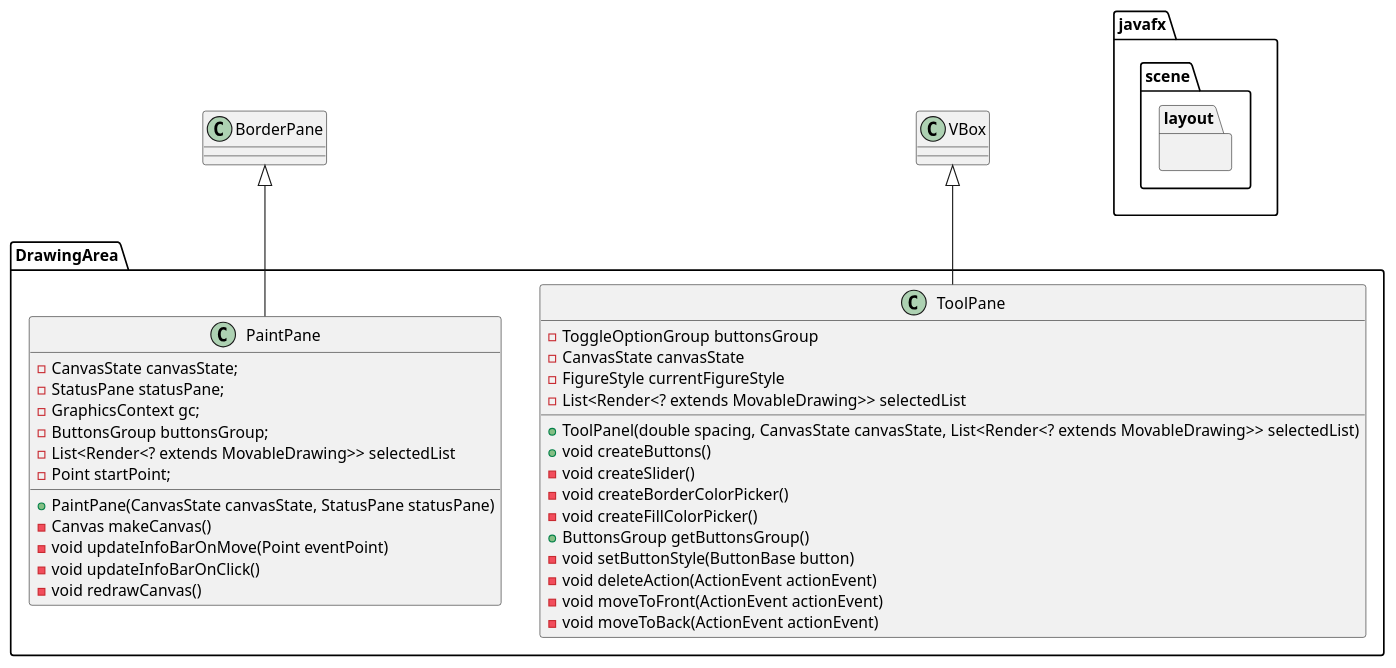
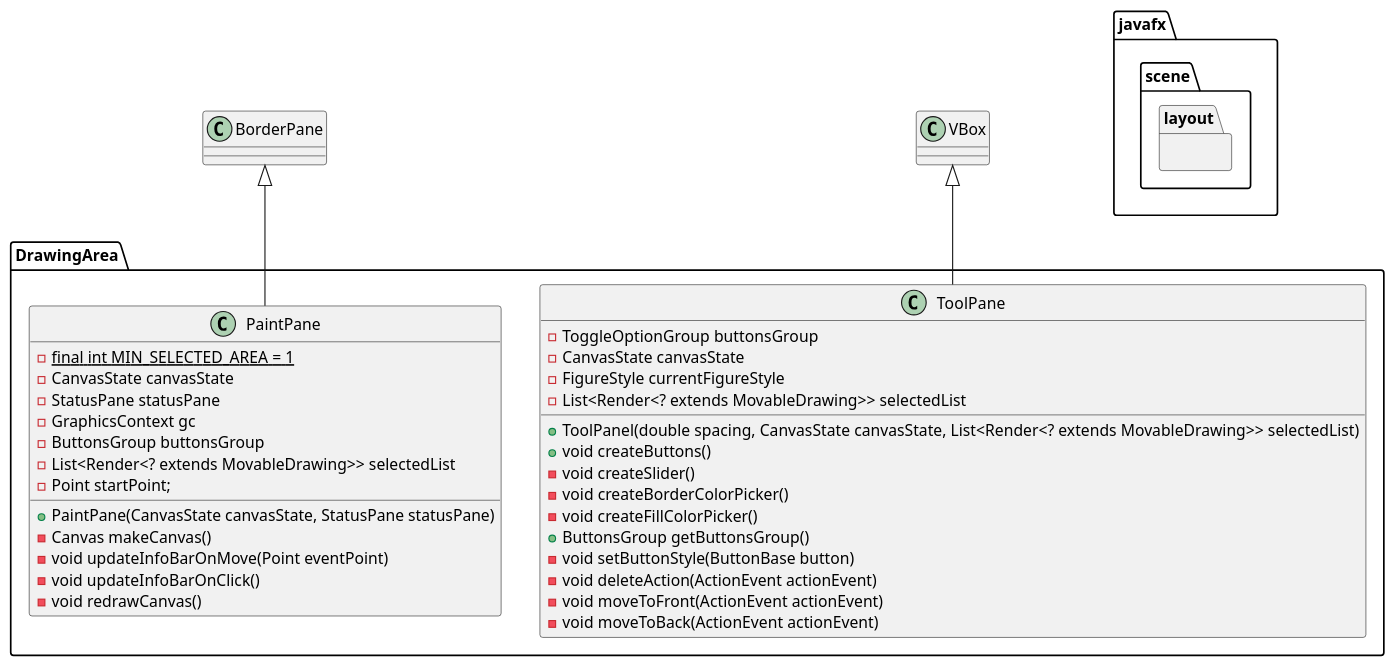
Before and after one commit to camilaDiToro/PAINT-TP-FINAL-POO: the diagram in src/main/java/UML's/DrawingArea.puml, drawn with PlantUML. The commit also changed 1 other file, not shown here.

```diff
--- a/src/main/java/UML's/DrawingArea.puml
+++ b/src/main/java/UML's/DrawingArea.puml
@@ -1,43 +1,44 @@
 @startuml
 'https://plantuml.com/sequence-diagram
 
 package DrawingArea{
 
 class ToolPane {
     - ToggleOptionGroup buttonsGroup
     - CanvasState canvasState
     - FigureStyle currentFigureStyle
     - List<Render<? extends MovableDrawing>> selectedList
 
     + ToolPanel(double spacing, CanvasState canvasState, List<Render<? extends MovableDrawing>> selectedList)
     + void createButtons()
     - void createSlider()
     - void createBorderColorPicker()
     - void createFillColorPicker()
     + ButtonsGroup getButtonsGroup()
     - void setButtonStyle(ButtonBase button)
     - void deleteAction(ActionEvent actionEvent)
     - void moveToFront(ActionEvent actionEvent)
     - void moveToBack(ActionEvent actionEvent)
 }
 
 class PaintPane {
-    -CanvasState canvasState;
-    - StatusPane statusPane;
-    - GraphicsContext gc;
-    - ButtonsGroup buttonsGroup;
+    - {static} final int MIN_SELECTED_AREA = 1
+    - CanvasState canvasState
+    - StatusPane statusPane
+    - GraphicsContext gc
+    - ButtonsGroup buttonsGroup
     - List<Render<? extends MovableDrawing>> selectedList
     - Point startPoint;
     + PaintPane(CanvasState canvasState, StatusPane statusPane)
     - Canvas makeCanvas()
     - void updateInfoBarOnMove(Point eventPoint)
     - void updateInfoBarOnClick()
     - void redrawCanvas()
 }
 }
 
 package javafx.scene.layout {
     .BorderPane <|-- PaintPane
     .VBox <|-- ToolPane
 }
 @enduml
```
